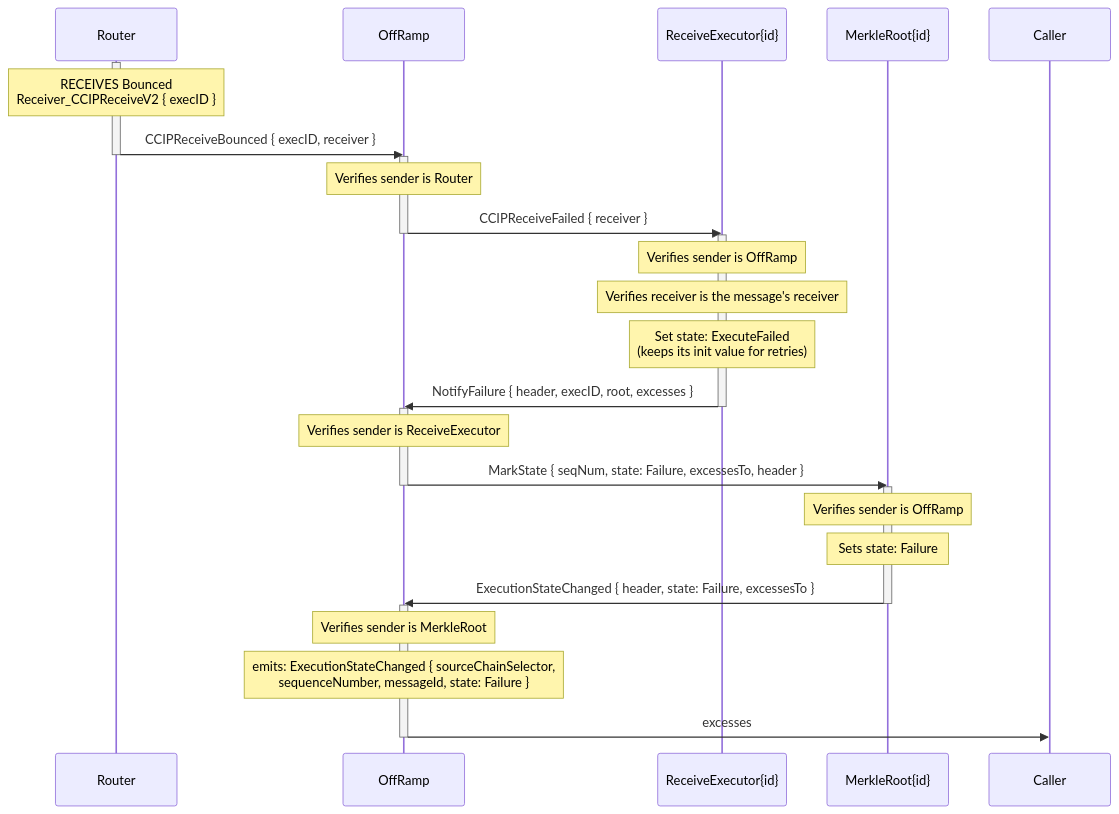
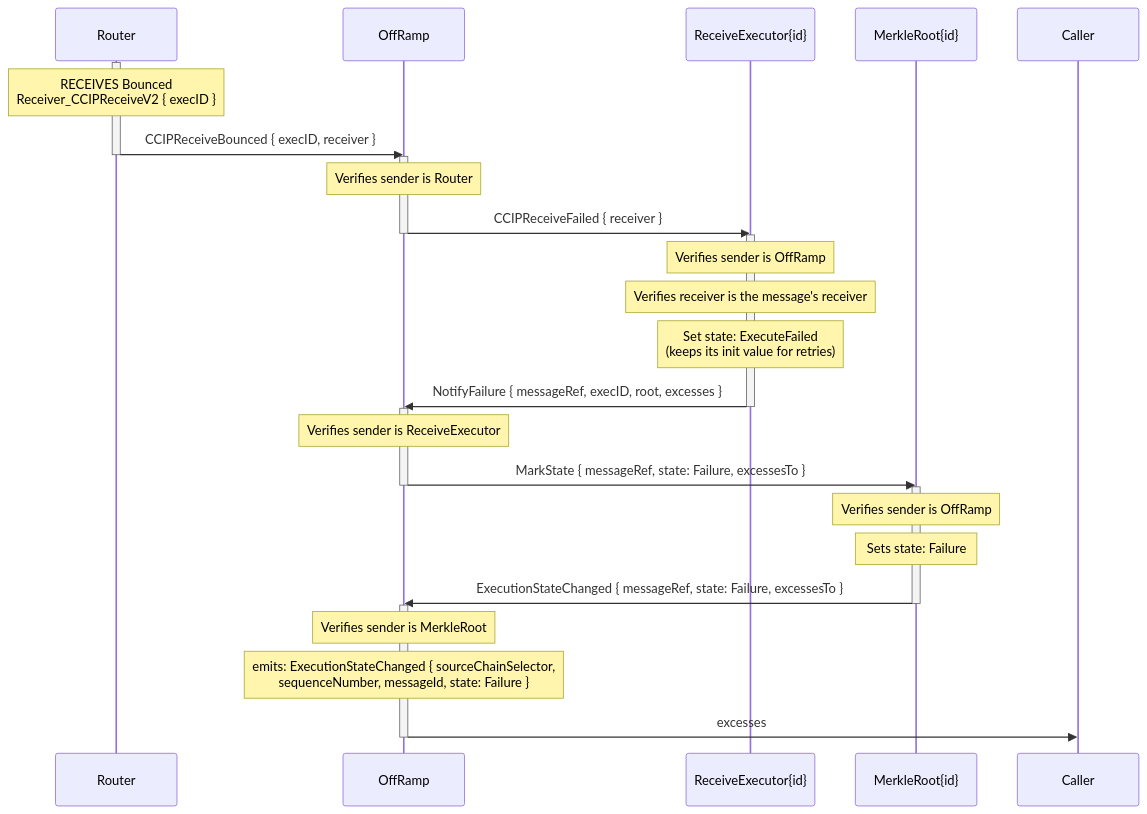
Before and after one commit to smartcontractkit/chainlink-ton: the seventh of 7 diagrams in docs/contracts/overview/ccip/offramp/arbitrary-msg.md, drawn with Mermaid. The commit also changed other lines of this file and 14 other files, not shown here.

Commit message:
ref: duplicate data with `header`

````diff
--- a/docs/contracts/overview/ccip/offramp/arbitrary-msg.md
+++ b/docs/contracts/overview/ccip/offramp/arbitrary-msg.md
@@ -257,50 +257,50 @@
 ```mermaid
 sequenceDiagram
     participant R as Router
     participant OR as OffRamp
     participant RE as ReceiveExecutor{id}
     participant MR as MerkleRoot{id}
     participant C as Caller
 
 
     activate R
     Note over R: RECEIVES Bounced<br>Receiver_CCIPReceiveV2 { execID }
     R ->> OR: CCIPReceiveBounced { execID, receiver }
     deactivate R
 
 
 
     activate OR
     Note over OR: Verifies sender is Router
     OR ->> RE: CCIPReceiveFailed { receiver }
     deactivate OR
 
 
     activate RE
     Note over RE: Verifies sender is OffRamp
     Note over RE: Verifies receiver is the message's receiver
     Note over RE: Set state: ExecuteFailed<br>(keeps its init value for retries)
-    RE ->> OR: NotifyFailure { header, execID, root, excesses }
+    RE ->> OR: NotifyFailure { messageRef, execID, root, excesses }
     deactivate RE
 
 
 
     activate OR
     Note over OR: Verifies sender is ReceiveExecutor
-    OR ->> MR: MarkState { seqNum, state: Failure, excessesTo, header }
+    OR ->> MR: MarkState { messageRef, state: Failure, excessesTo }
     deactivate OR
 
 
     activate MR
     Note over MR: Verifies sender is OffRamp
     Note over MR: Sets state: Failure
-    MR ->> OR: ExecutionStateChanged { header, state: Failure, excessesTo }
+    MR ->> OR: ExecutionStateChanged { messageRef, state: Failure, excessesTo }
     deactivate MR
 
 
     activate OR
     Note over OR: Verifies sender is MerkleRoot
     Note over OR: emits: ExecutionStateChanged { sourceChainSelector,<br>sequenceNumber, messageId, state: Failure }
     OR ->> C: excesses
     deactivate OR
 ```
````
